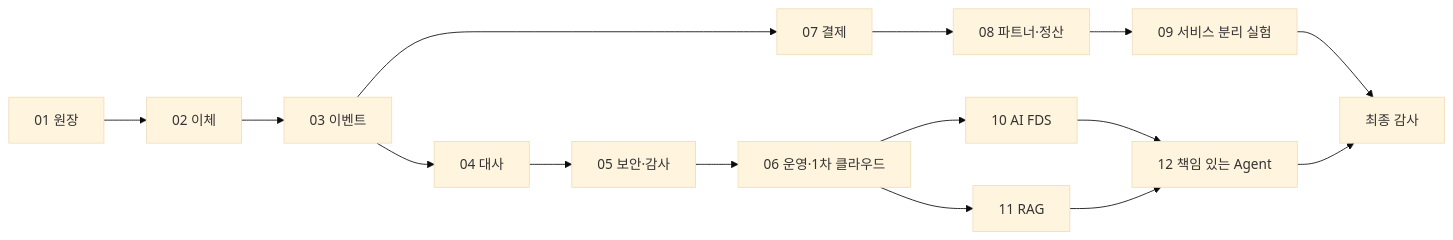
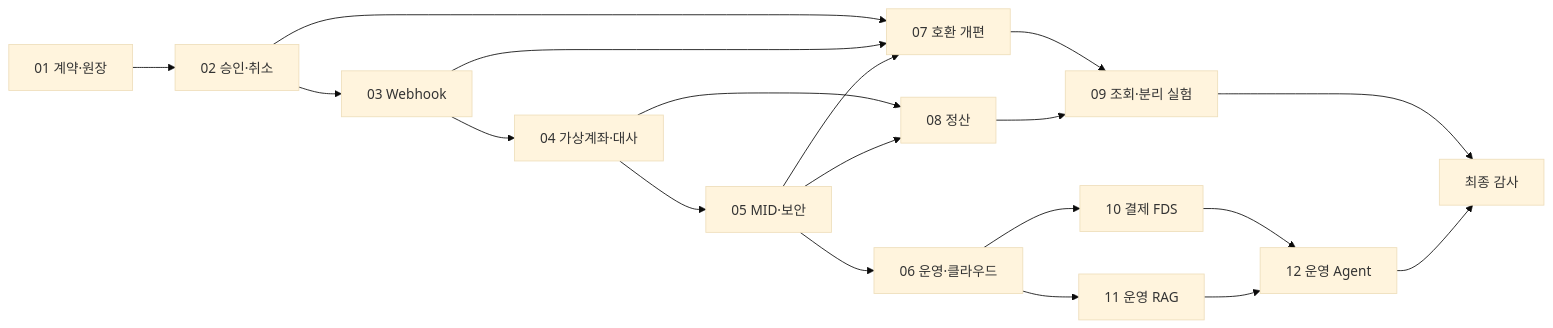
The diagram in MASTER_PLAN.md (whoisyourbias/financial), drawn with Mermaid (base theme) before and after one commit. The commit also changed other lines of this file and 58 other files, not shown here.

Commit message:
docs: redesign roadmap around Toss Payments contracts

````diff
--- a/MASTER_PLAN.md
+++ b/MASTER_PLAN.md
@@ -53,17 +73,21 @@
 ```mermaid
 flowchart LR
-  P01[01 원장] --> P02[02 이체]
-  P02 --> P03[03 이벤트]
-  P03 --> P04[04 대사]
-  P04 --> P05[05 보안·감사]
-  P05 --> P06[06 운영·1차 클라우드]
-  P03 --> P07[07 결제]
-  P07 --> P08[08 파트너·정산]
-  P08 --> P09[09 서비스 분리 실험]
-  P06 --> P10[10 AI FDS]
-  P06 --> P11[11 RAG]
-  P10 --> P12[12 책임 있는 Agent]
+  P01[01 계약·원장] --> P02[02 승인·취소]
+  P02 --> P03[03 Webhook]
+  P03 --> P04[04 가상계좌·대사]
+  P04 --> P05[05 MID·보안]
+  P05 --> P06[06 운영·클라우드]
+  P02 --> P07[07 호환 개편]
+  P03 --> P07
+  P05 --> P07
+  P04 --> P08[08 정산]
+  P05 --> P08
+  P07 --> P09[09 조회·분리 실험]
+  P08 --> P09
+  P06 --> P10[10 결제 FDS]
+  P06 --> P11[11 운영 RAG]
+  P10 --> P12[12 운영 Agent]
   P11 --> P12
   P09 --> AUDIT[최종 감사]
   P12 --> AUDIT
 ```
````
